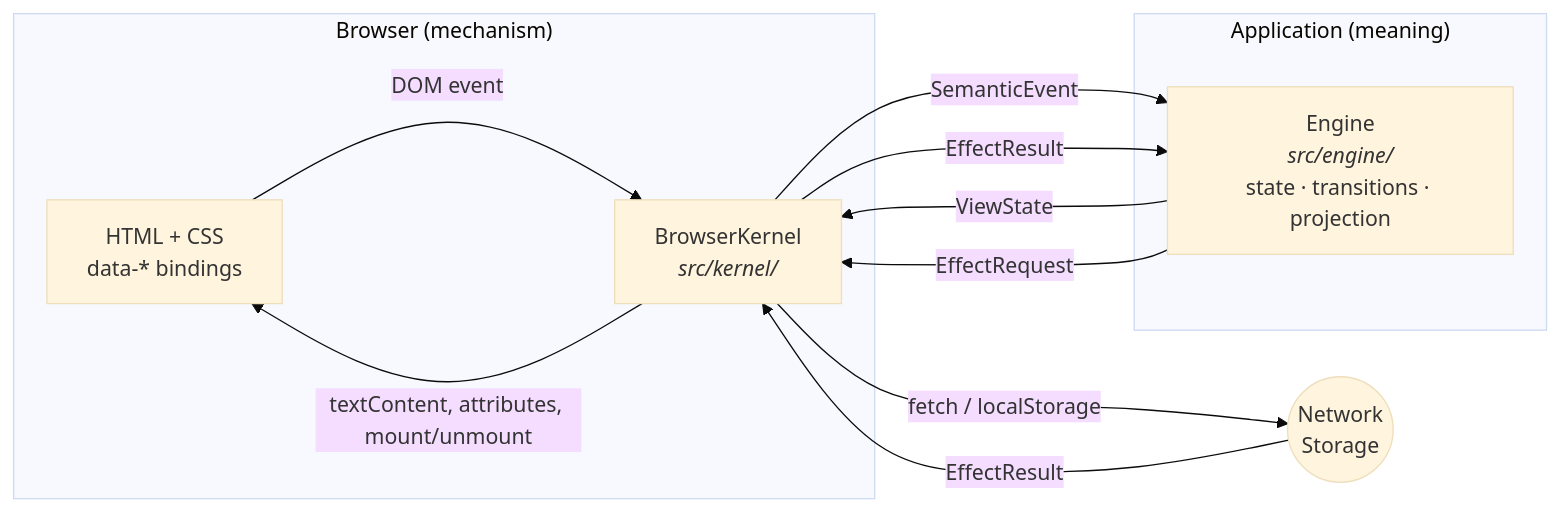
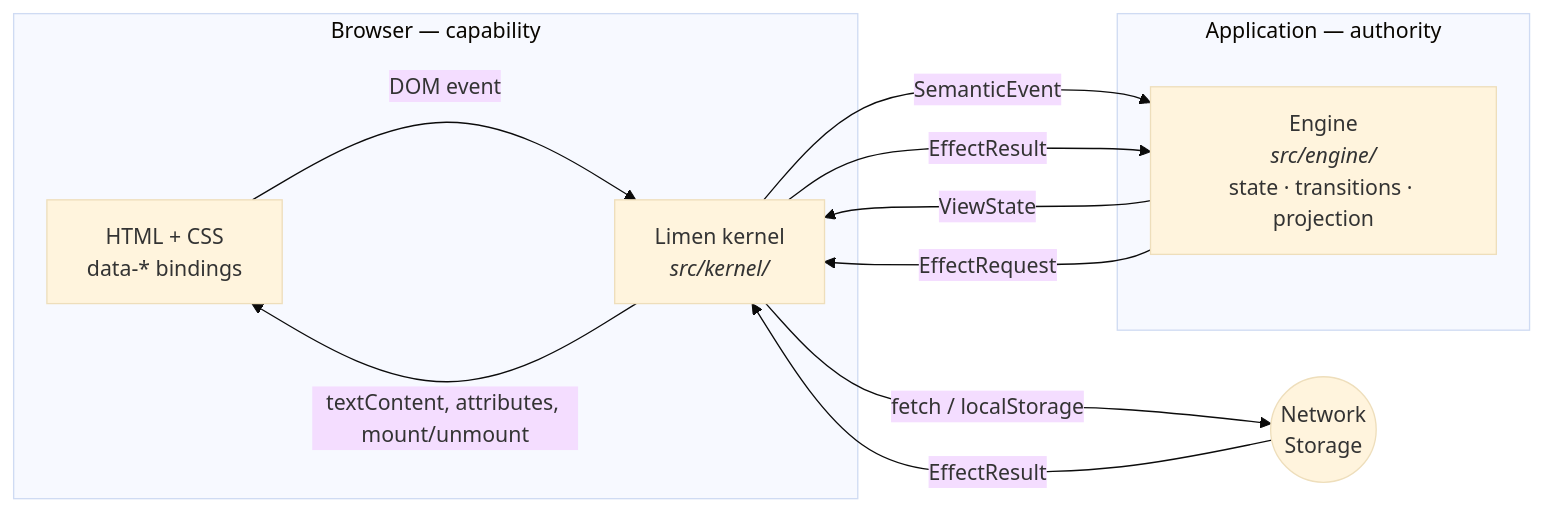
One commit to kemiller2002/limen changed the diagram in README.md. Above: the diagram before and after it, drawn with Mermaid (base theme). The commit also changed other lines of this file and 10 other files, not shown here.

````diff
--- a/README.md
+++ b/README.md
@@ -87,19 +45,19 @@
 ```mermaid
 flowchart LR
-    subgraph browser["Browser (mechanism)"]
+    subgraph browser["Browser — capability"]
         DOM["HTML + CSS<br/>data-* bindings"]
-        K["BrowserKernel<br/><i>src/kernel/</i>"]
+        K["Limen kernel<br/><i>src/kernel/</i>"]
     end
-    subgraph app["Application (meaning)"]
+    subgraph app["Application — authority"]
         E["Engine<br/><i>src/engine/</i><br/>state · transitions · projection"]
     end
 
     DOM -- "DOM event" --> K
     K -- "SemanticEvent" --> E
     E -- "ViewState" --> K
     K -- "textContent, attributes, mount/unmount" --> DOM
     E -- "EffectRequest" --> K
     K -- "fetch / localStorage" --> X(("Network<br/>Storage"))
     X -- "EffectResult" --> K
     K -- "EffectResult" --> E
 ```
````
